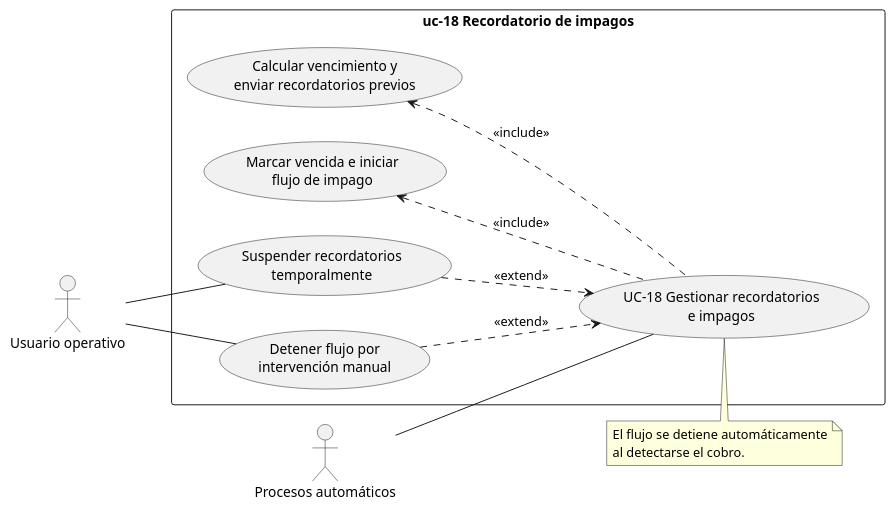
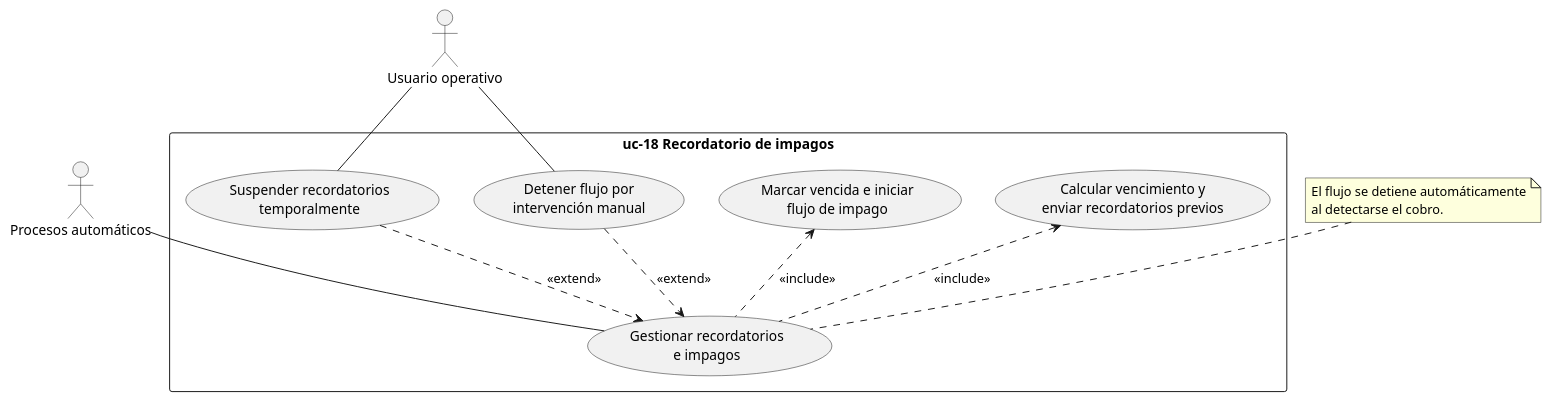
One commit to pablorv3/Hienitas-ADAP changed the diagram in doc/src/casos-uso/uc-18-gestionar-recordatorios-impagos.pu. Above: the diagram before and after it, drawn with PlantUML. The commit also changed 3 other files, not shown here.

Commit message:
uml diagram user case fixes

```diff
--- a/doc/src/casos-uso/uc-18-gestionar-recordatorios-impagos.pu
+++ b/doc/src/casos-uso/uc-18-gestionar-recordatorios-impagos.pu
@@ -1,29 +1,29 @@
 @startuml uc-18
-left to right direction
+
 
 actor "Procesos automáticos" as PA
 actor "Usuario operativo" as UO
 
 rectangle "uc-18 Recordatorio de impagos" {
-  usecase "UC-18 Gestionar recordatorios\ne impagos" as UC18
+  usecase "Gestionar recordatorios\ne impagos" as UC18
   usecase "Calcular vencimiento y\nenviar recordatorios previos" as Previos
   usecase "Marcar vencida e iniciar\nflujo de impago" as Impago
   usecase "Suspender recordatorios\ntemporalmente" as Suspender
   usecase "Detener flujo por\nintervención manual" as Intervenir
 
 
   PA -- UC18
   UO -- Suspender
   UO -- Intervenir
 
   Previos <.. UC18 : <<include>>
   Impago <.. UC18 : <<include>>
   Suspender ..> UC18 : <<extend>>
   Intervenir ..> UC18 : <<extend>>
 }
 
 note top of UC18
   El flujo se detiene automáticamente
   al detectarse el cobro.
 end note
 @enduml
```
